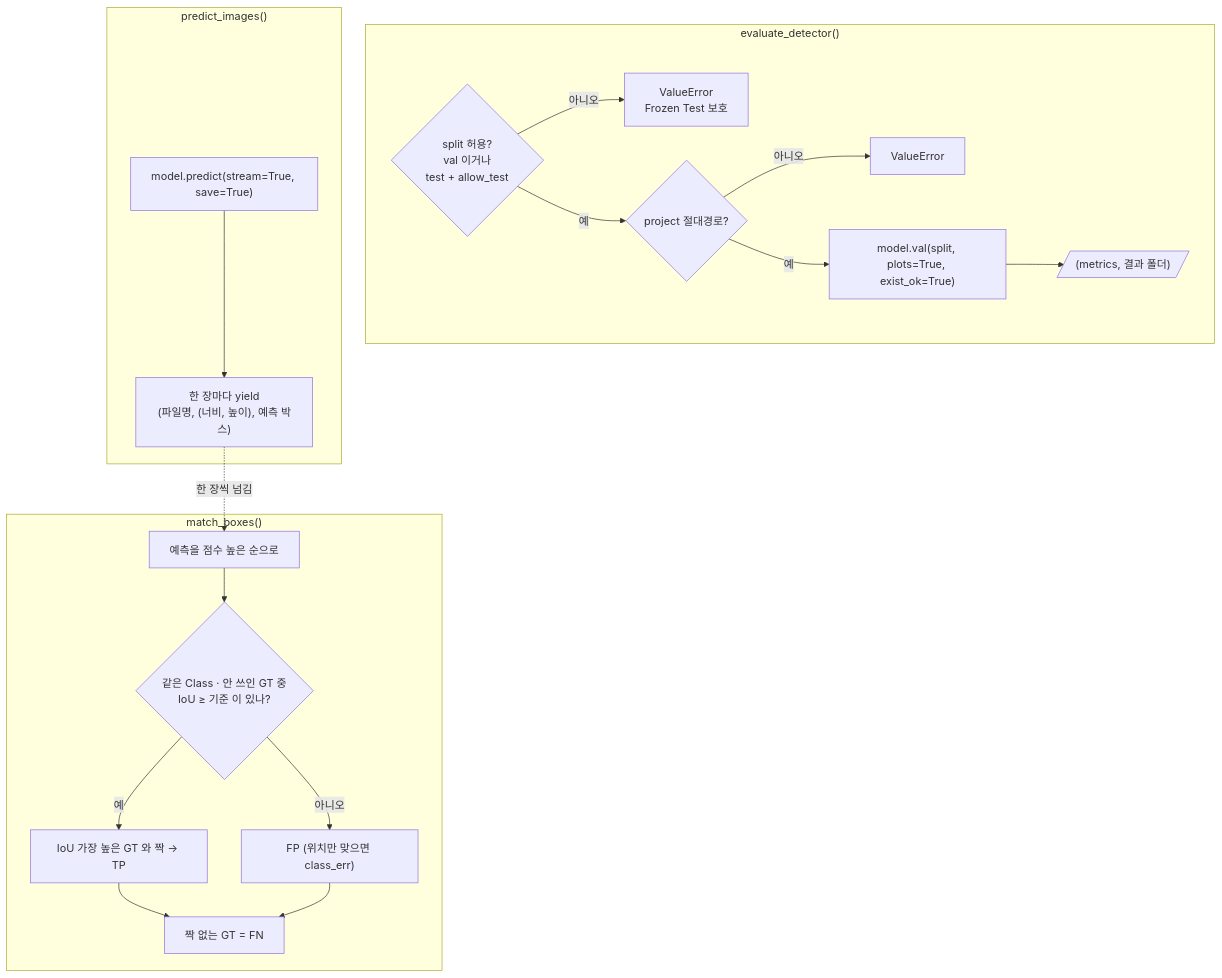
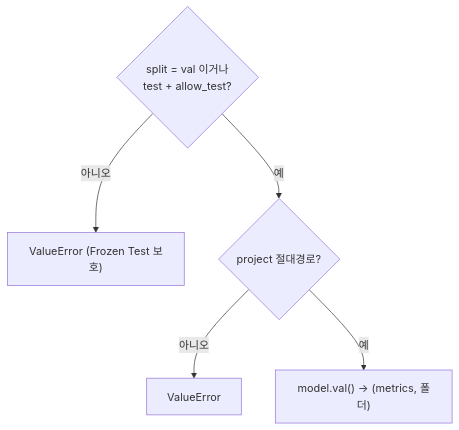
Before and after one commit to howolcat/prj2026.10: the first of 2 diagrams in prj08/docs/code_review/src/evaluate_detector.md, drawn with Mermaid. The commit also changed other lines of this file and 25 other files, not shown here.

````diff
--- a/prj08/docs/code_review/src/evaluate_detector.md
+++ b/prj08/docs/code_review/src/evaluate_detector.md
@@ -38,21 +30,7 @@
 ```mermaid
 flowchart TD
-    subgraph EV["evaluate_detector()"]
-        A1{"split 허용?<br/>val 이거나<br/>test + allow_test"} -->|아니오| A2["ValueError<br/>Frozen Test 보호"]
-        A1 -->|예| A3{"project 절대경로?"}
-        A3 -->|아니오| A4["ValueError"]
-        A3 -->|예| A5["model.val(split, plots=True, exist_ok=True)"]
-        A5 --> A6[/"(metrics, 결과 폴더)"/]
-    end
-    subgraph PR["predict_images()"]
-        B1["model.predict(stream=True, save=True)"] --> B2["한 장마다 yield<br/>(파일명, (너비, 높이), 예측 박스)"]
-    end
-    subgraph MB["match_boxes()"]
-        C1["예측을 점수 높은 순으로"] --> C2{"같은 Class · 안 쓰인 GT 중<br/>IoU ≥ 기준 이 있나?"}
-        C2 -->|예| C3["IoU 가장 높은 GT 와 짝 → TP"]
-        C2 -->|아니오| C4["FP (위치만 맞으면 class_err)"]
-        C3 --> C5["짝 없는 GT = FN"]
-        C4 --> C5
-    end
-    B2 -. "한 장씩 넘김" .-> C1
+    A{"split = val 이거나<br/>test + allow_test?"} -->|아니오| X["ValueError (Frozen Test 보호)"]
+    A -->|예| B{"project 절대경로?"}
+    B -->|아니오| Y["ValueError"]
+    B -->|예| C["model.val() → (metrics, 폴더)"]
 ```
````
